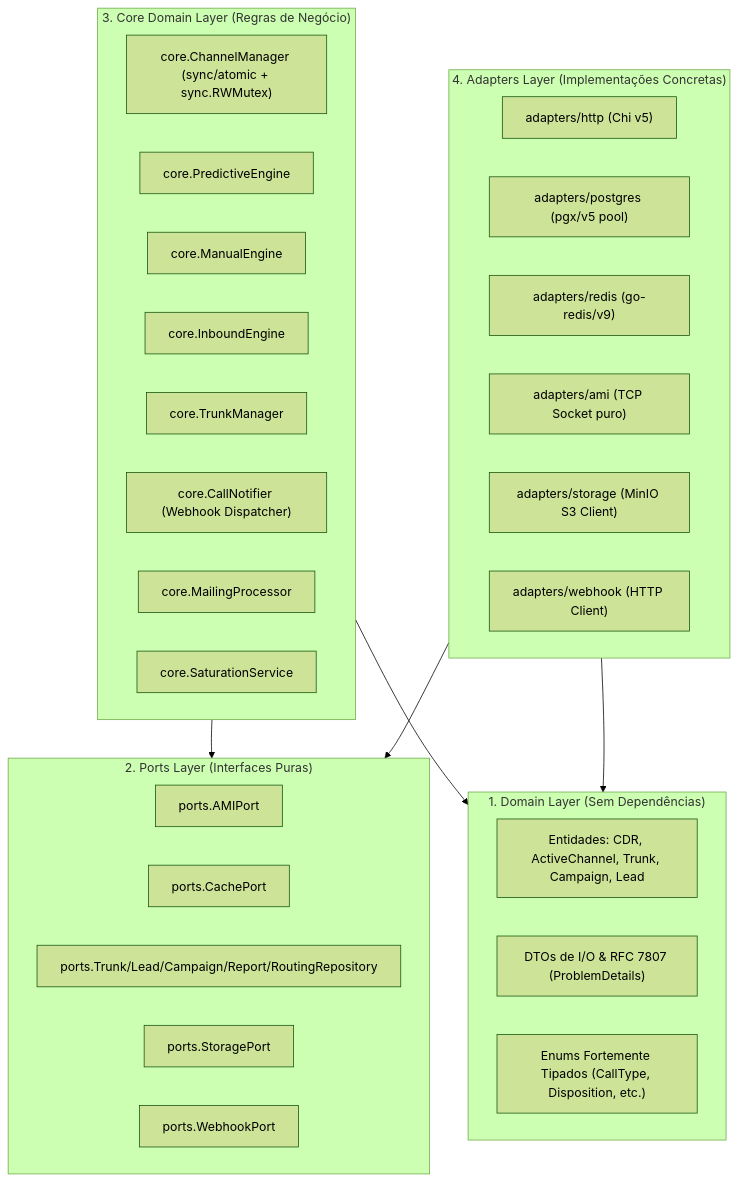
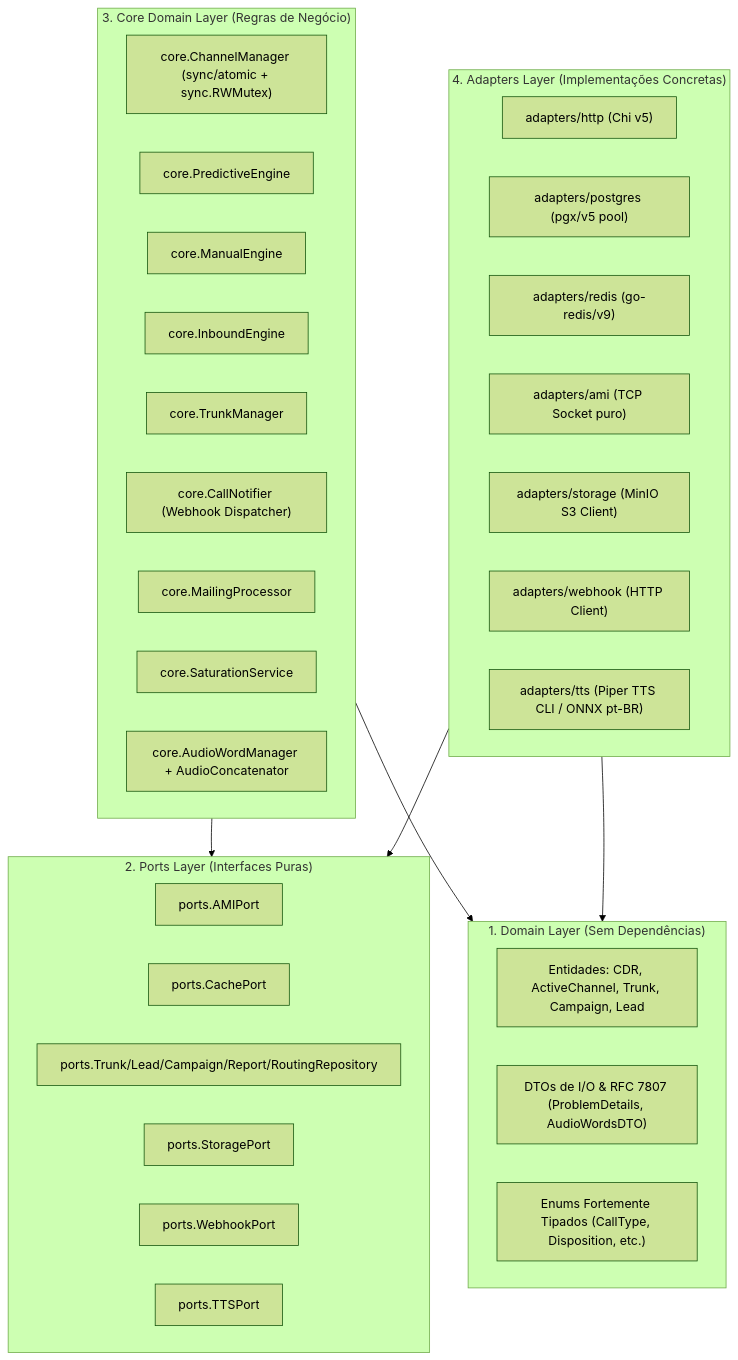
The diagram in .agents/workflows/agente-go-especialista.md (marcio-rgb/omni-dialer-go), drawn with Mermaid (forest theme) before and after one commit. The commit also changed other lines of this file and 40 other files, not shown here.

````diff
--- a/.agents/workflows/agente-go-especialista.md
+++ b/.agents/workflows/agente-go-especialista.md
@@ -20,41 +20,44 @@
 ```mermaid
 graph TD
     subgraph Dominio["1. Domain Layer (Sem Dependências)"]
         Entidades["Entidades: CDR, ActiveChannel, Trunk, Campaign, Lead"]
-        DTOs["DTOs de I/O & RFC 7807 (ProblemDetails)"]
+        DTOs["DTOs de I/O & RFC 7807 (ProblemDetails, AudioWordsDTO)"]
         Enums["Enums Fortemente Tipados (CallType, Disposition, etc.)"]
     end
 
     subgraph Portas["2. Ports Layer (Interfaces Puras)"]
         AMIPort["ports.AMIPort"]
         CachePort["ports.CachePort"]
         RepoPort["ports.Trunk/Lead/Campaign/Report/RoutingRepository"]
         StoragePort["ports.StoragePort"]
         WebhookPort["ports.WebhookPort"]
+        TTSPort["ports.TTSPort"]
     end
 
     subgraph Core["3. Core Domain Layer (Regras de Negócio)"]
         ChannelMgr["core.ChannelManager (sync/atomic + sync.RWMutex)"]
         PredEngine["core.PredictiveEngine"]
         ManEngine["core.ManualEngine"]
         InbEngine["core.InboundEngine"]
         TrunkMgr["core.TrunkManager"]
         CallNotif["core.CallNotifier (Webhook Dispatcher)"]
         MailProc["core.MailingProcessor"]
         SatServ["core.SaturationService"]
+        AudioMgr["core.AudioWordManager + AudioConcatenator"]
     end
 
     subgraph Adaptadores["4. Adapters Layer (Implementações Concretas)"]
         HTTPAdp["adapters/http (Chi v5)"]
         PostgresAdp["adapters/postgres (pgx/v5 pool)"]
         RedisAdp["adapters/redis (go-redis/v9)"]
         AMIAdp["adapters/ami (TCP Socket puro)"]
         StorageAdp["adapters/storage (MinIO S3 Client)"]
         WebhookAdp["adapters/webhook (HTTP Client)"]
+        TTSAdp["adapters/tts (Piper TTS CLI / ONNX pt-BR)"]
     end
 
     Core --> Portas
     Core --> Dominio
     Adaptadores --> Portas
     Adaptadores --> Dominio
 ```
````
